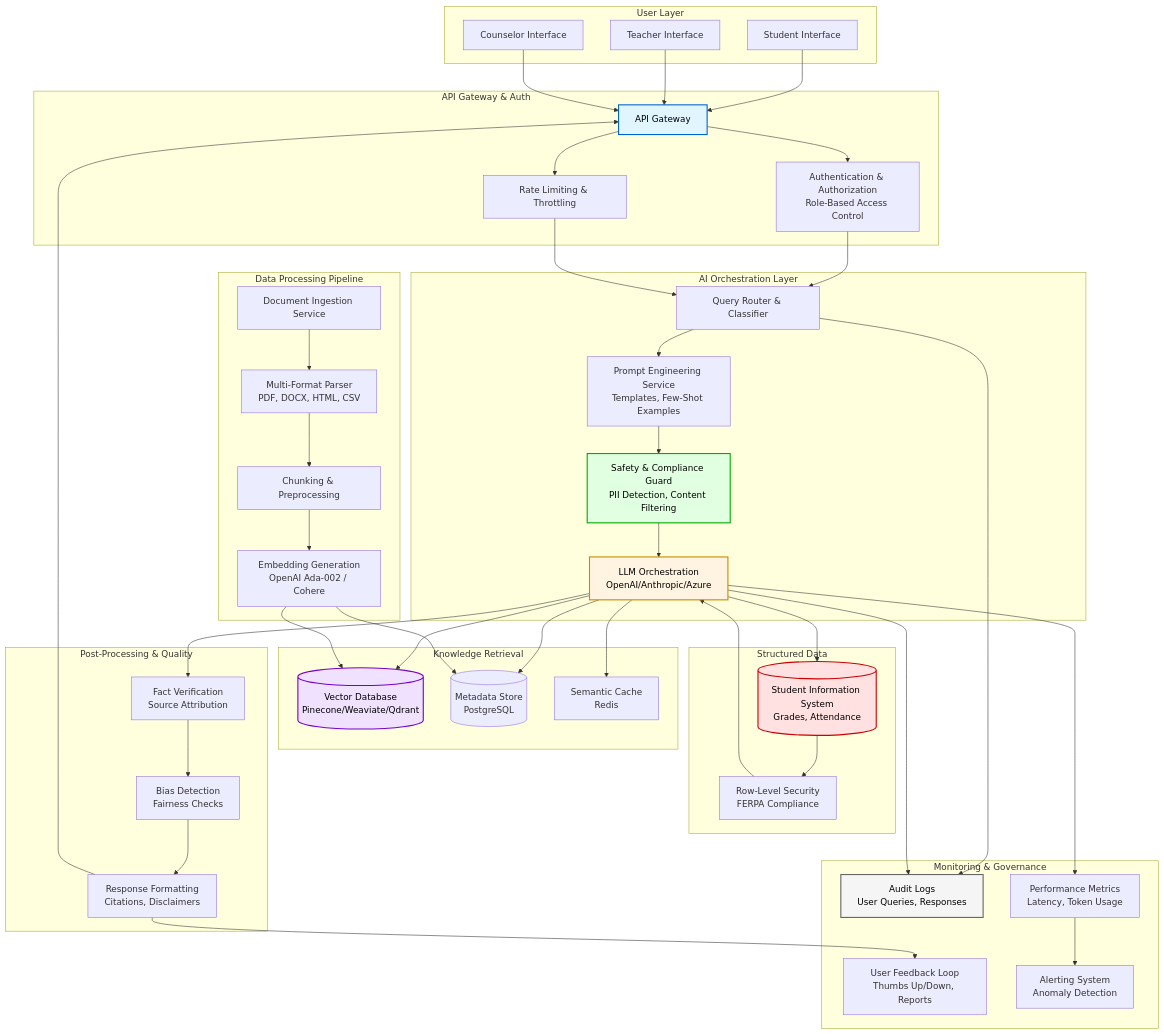
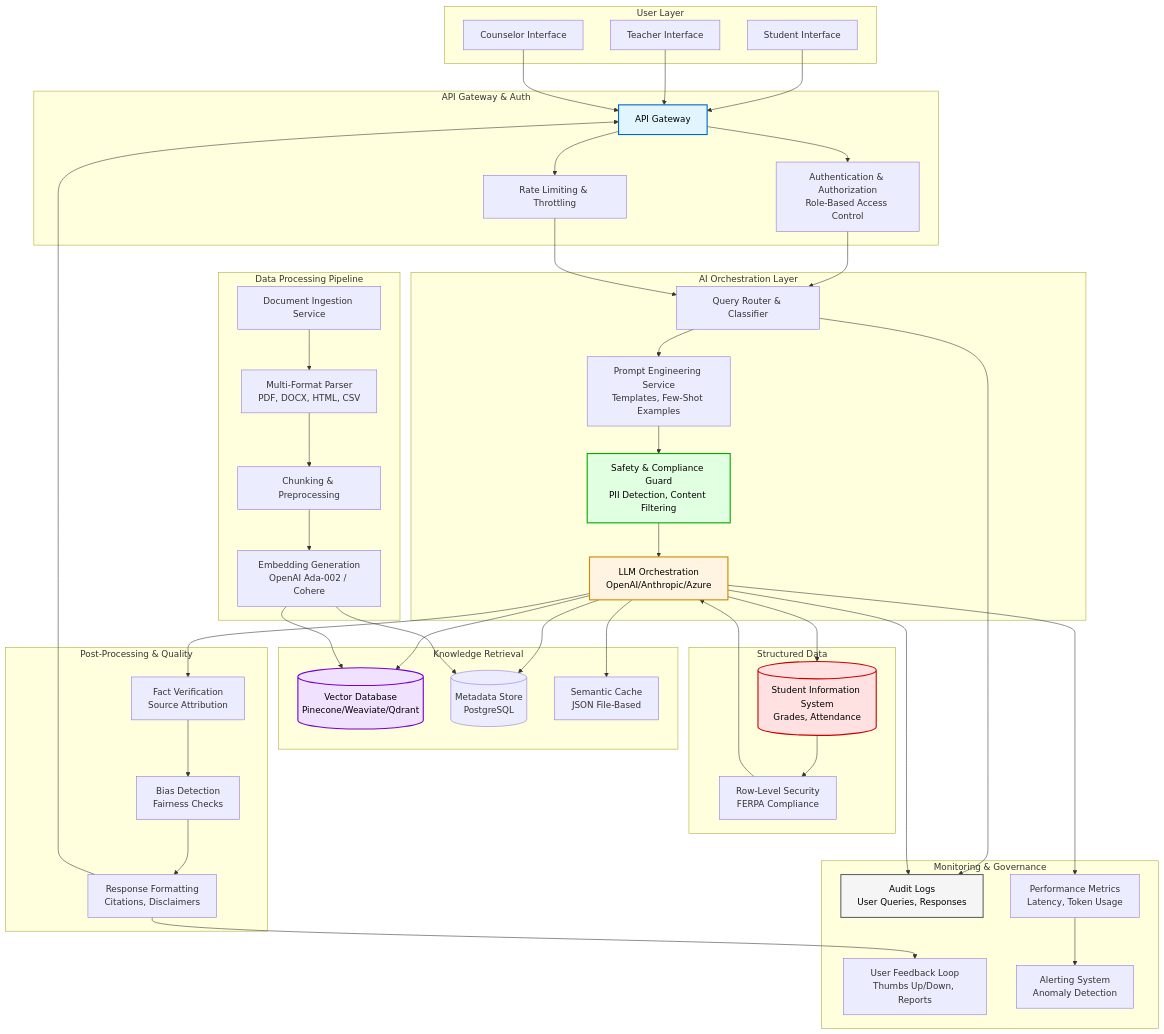
One commit to kbwillia/sparq-takehome changed the diagram in ARCHITECTURE.md. Above: the diagram before and after it, drawn with Mermaid. The commit also changed other lines of this file and 8 other files, not shown here.

Commit message:
Update architecture documentation and refine candidate details

```diff
--- a/ARCHITECTURE.md
+++ b/ARCHITECTURE.md
@@ -33,7 +35,7 @@
     subgraph "Knowledge Retrieval"
         VectorDB[(Vector Database<br/>Pinecone/Weaviate/Qdrant)]
         MetaDB[(Metadata Store<br/>PostgreSQL)]
-        Cache[Semantic Cache<br/>Redis]
+        Cache[Semantic Cache<br/>JSON File-Based]
     end
 
     subgraph "Structured Data"
```
